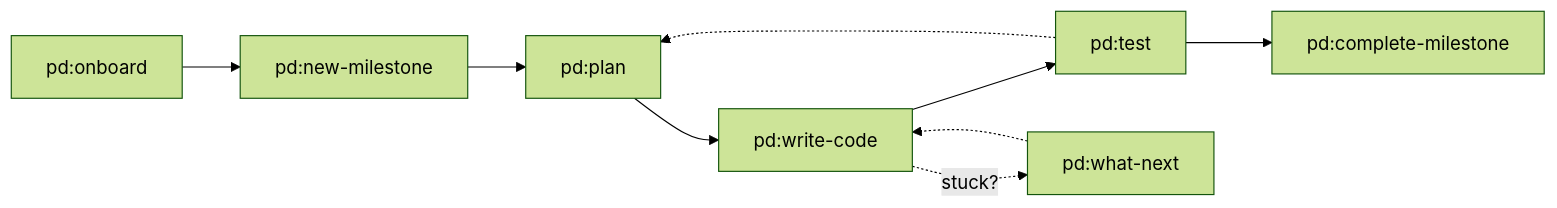
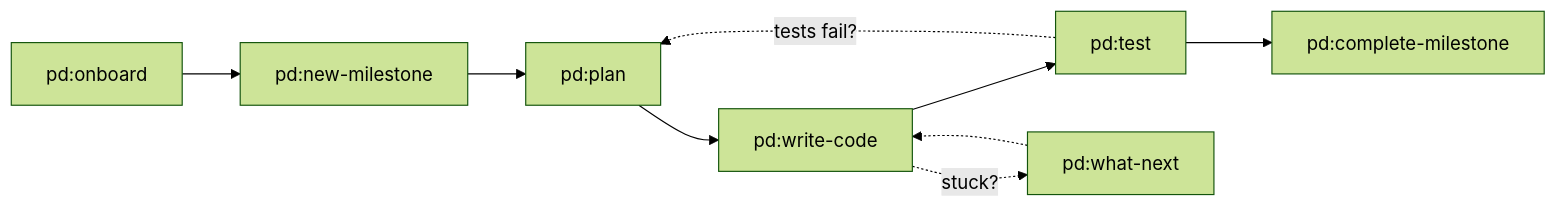
The diagram in docs/WORKFLOW_OVERVIEW.md (tonamson/please-done), drawn with Mermaid (forest theme) before and after one commit. The commit also changed 1 other file, not shown here.

Commit message:
docs(149): apply review fixes — complete-milestone guidance, diagram clarity

````diff
--- a/docs/WORKFLOW_OVERVIEW.md
+++ b/docs/WORKFLOW_OVERVIEW.md
@@ -5,11 +5,11 @@
 ```mermaid
 flowchart LR
     A[pd:onboard] --> B[pd:new-milestone]
     B --> C[pd:plan]
     C --> D[pd:write-code]
     D --> E[pd:test]
     E --> F[pd:complete-milestone]
-    E -.-> C
+    E -.-> |tests fail?| C
     D -.-> |stuck?| G[pd:what-next]
     G -.-> D
 ```
````
